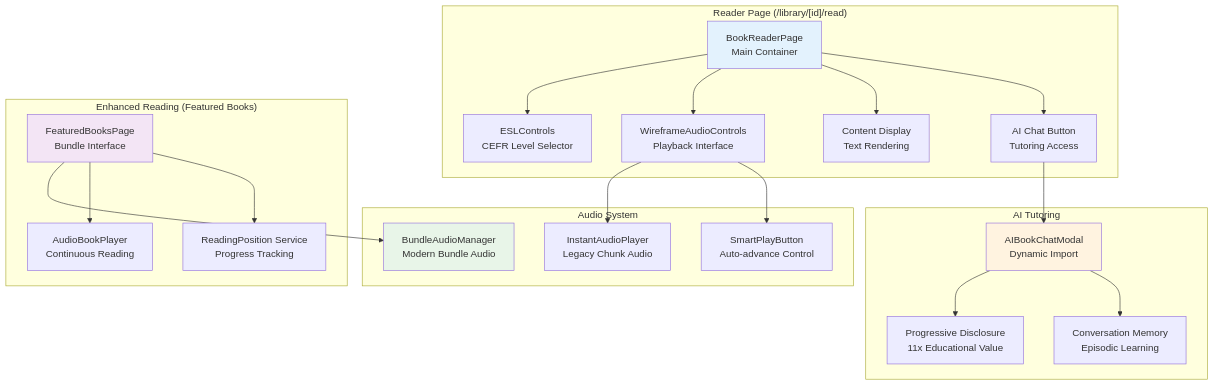
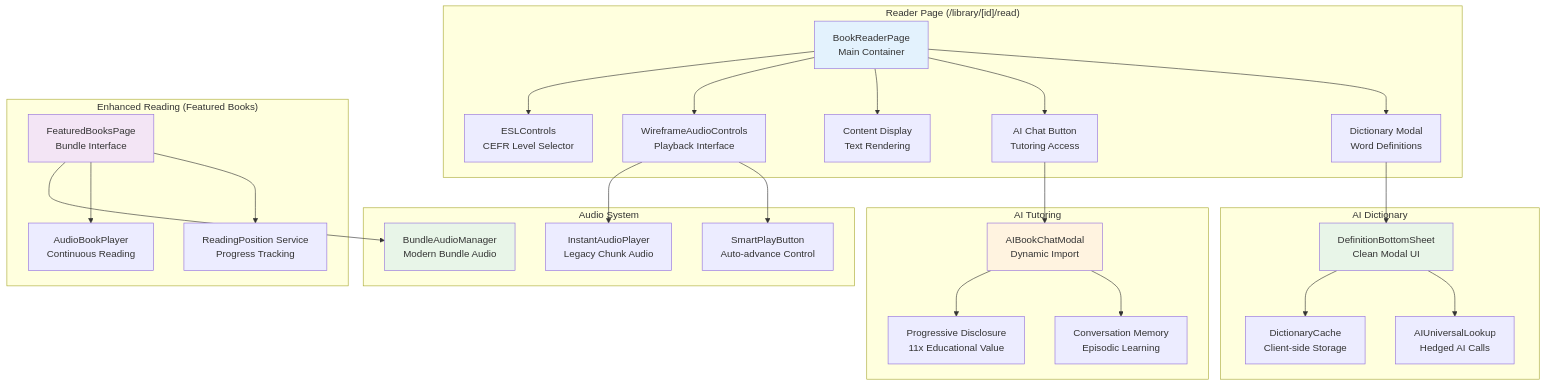
One commit to francktshibala/bookbridge changed the seventh of 7 diagrams in docs/implementation/ARCHITECTURE_OVERVIEW.md. Above: the diagram before and after it, drawn with Mermaid. The commit also changed other lines of this file, not shown here.

First line of the commit message:
docs: add comprehensive AI Dictionary system to architecture overview

````diff
--- a/docs/implementation/ARCHITECTURE_OVERVIEW.md
+++ b/docs/implementation/ARCHITECTURE_OVERVIEW.md
@@ -320,48 +359,61 @@
 ```mermaid
 graph TB
     subgraph "Reader Page (/library/[id]/read)"
         A[BookReaderPage<br/>Main Container]
         B[ESLControls<br/>CEFR Level Selector]
         C[WireframeAudioControls<br/>Playback Interface]
         D[Content Display<br/>Text Rendering]
         E[AI Chat Button<br/>Tutoring Access]
+        F1[Dictionary Modal<br/>Word Definitions]
     end
 
     subgraph "Audio System"
         F[InstantAudioPlayer<br/>Legacy Chunk Audio]
         G[BundleAudioManager<br/>Modern Bundle Audio]
         H[SmartPlayButton<br/>Auto-advance Control]
     end
 
     subgraph "Enhanced Reading (Featured Books)"
         I[FeaturedBooksPage<br/>Bundle Interface]
         J[AudioBookPlayer<br/>Continuous Reading]
         K[ReadingPosition Service<br/>Progress Tracking]
     end
 
     subgraph "AI Tutoring"
         L[AIBookChatModal<br/>Dynamic Import]
         M[Progressive Disclosure<br/>11x Educational Value]
         N[Conversation Memory<br/>Episodic Learning]
     end
 
+    subgraph "AI Dictionary"
+        P1[DefinitionBottomSheet<br/>Clean Modal UI]
+        Q1[DictionaryCache<br/>Client-side Storage]
+        R1[AIUniversalLookup<br/>Hedged AI Calls]
+    end
+
     A --> B
     A --> C
     A --> D
     A --> E
+    A --> F1
     C --> F
     C --> H
     E --> L
 
     I --> G
     I --> J
     I --> K
 
     L --> M
     L --> N
 
+    F1 --> P1
+    P1 --> Q1
+    P1 --> R1
+
     style A fill:#e3f2fd
     style I fill:#f3e5f5
     style G fill:#e8f5e8
     style L fill:#fff3e0
+    style P1 fill:#e8f5e8
 ```
````
